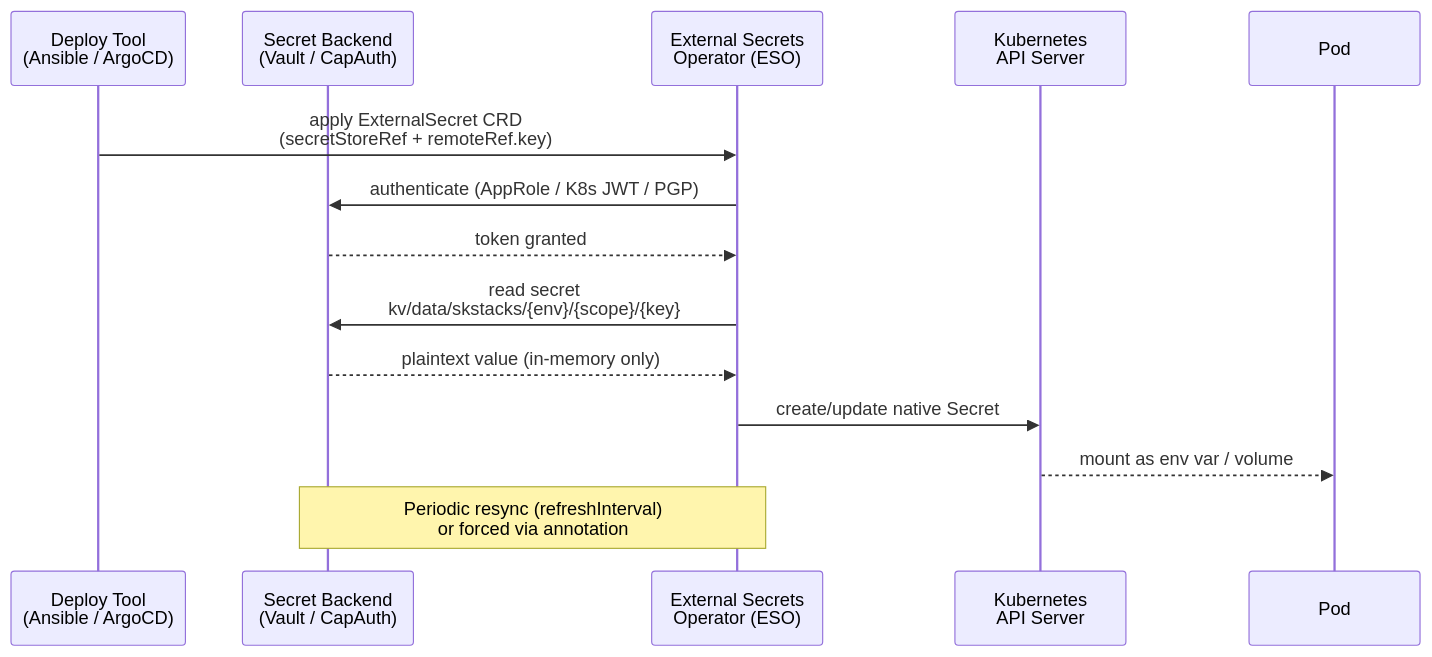
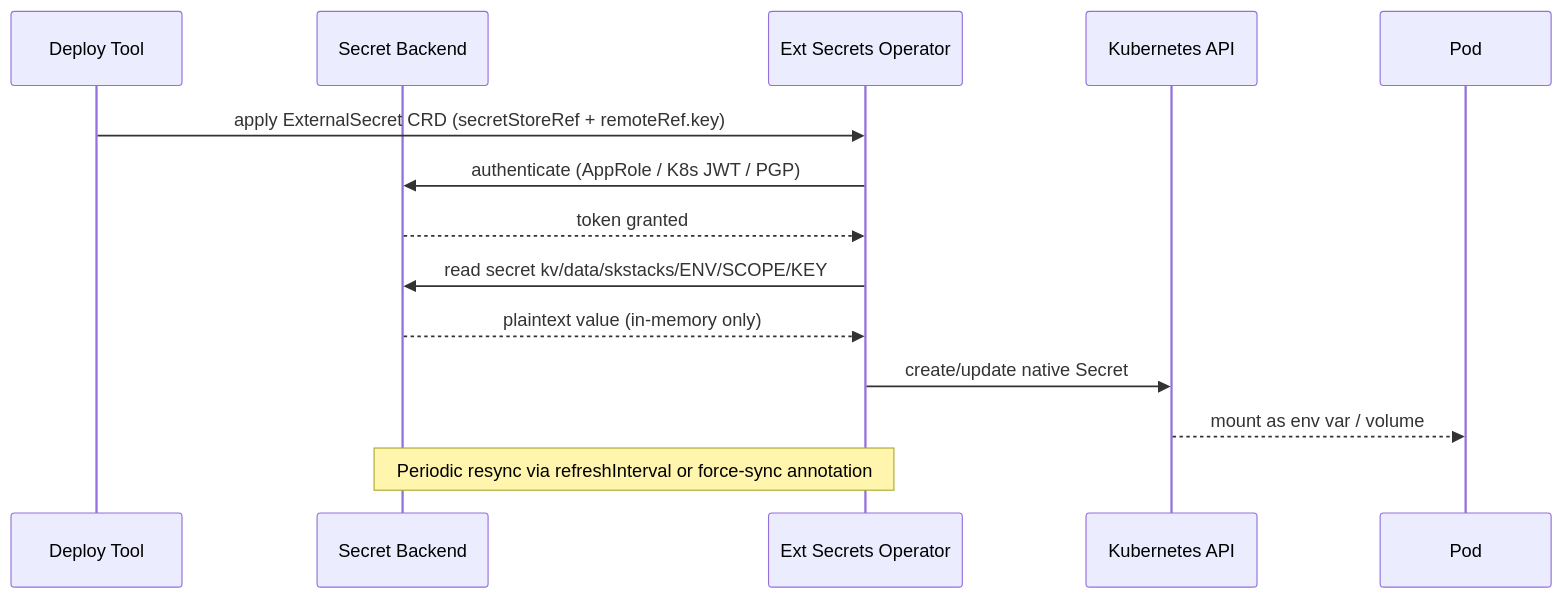
One commit to smilinTux/skstacks changed the third of 7 diagrams in v2/ARCHITECTURE.md. Above: the diagram before and after it, drawn with Mermaid. The commit also changed other lines of this file, not shown here.

Commit message:
fix(docs): repair broken Mermaid diagrams in ARCHITECTURE.md
- sequenceDiagram: remove <br/> from participant declarations (invalid in
  GitHub renderer), replace {env}/{scope}/{key} curly braces with
  ENV/SCOPE/KEY literals
- Network Topology: remove orphan NOTE node (no edges = parse error)

````diff
--- a/v2/ARCHITECTURE.md
+++ b/v2/ARCHITECTURE.md
@@ -157,17 +157,17 @@
 ```mermaid
 sequenceDiagram
-    participant D as Deploy Tool<br/>(Ansible / ArgoCD)
-    participant B as Secret Backend<br/>(Vault / CapAuth)
-    participant ESO as External Secrets<br/>Operator (ESO)
-    participant K8S as Kubernetes<br/>API Server
+    participant D as Deploy Tool
+    participant B as Secret Backend
+    participant ESO as Ext Secrets Operator
+    participant K8S as Kubernetes API
     participant P as Pod
 
-    D->>ESO: apply ExternalSecret CRD<br/>(secretStoreRef + remoteRef.key)
+    D->>ESO: apply ExternalSecret CRD (secretStoreRef + remoteRef.key)
     ESO->>B: authenticate (AppRole / K8s JWT / PGP)
     B-->>ESO: token granted
-    ESO->>B: read secret<br/>kv/data/skstacks/{env}/{scope}/{key}
+    ESO->>B: read secret kv/data/skstacks/ENV/SCOPE/KEY
     B-->>ESO: plaintext value (in-memory only)
     ESO->>K8S: create/update native Secret
     K8S-->>P: mount as env var / volume
-    Note over ESO,B: Periodic resync (refreshInterval)<br/>or forced via annotation
+    Note over ESO,B: Periodic resync via refreshInterval or force-sync annotation
 ```
````
